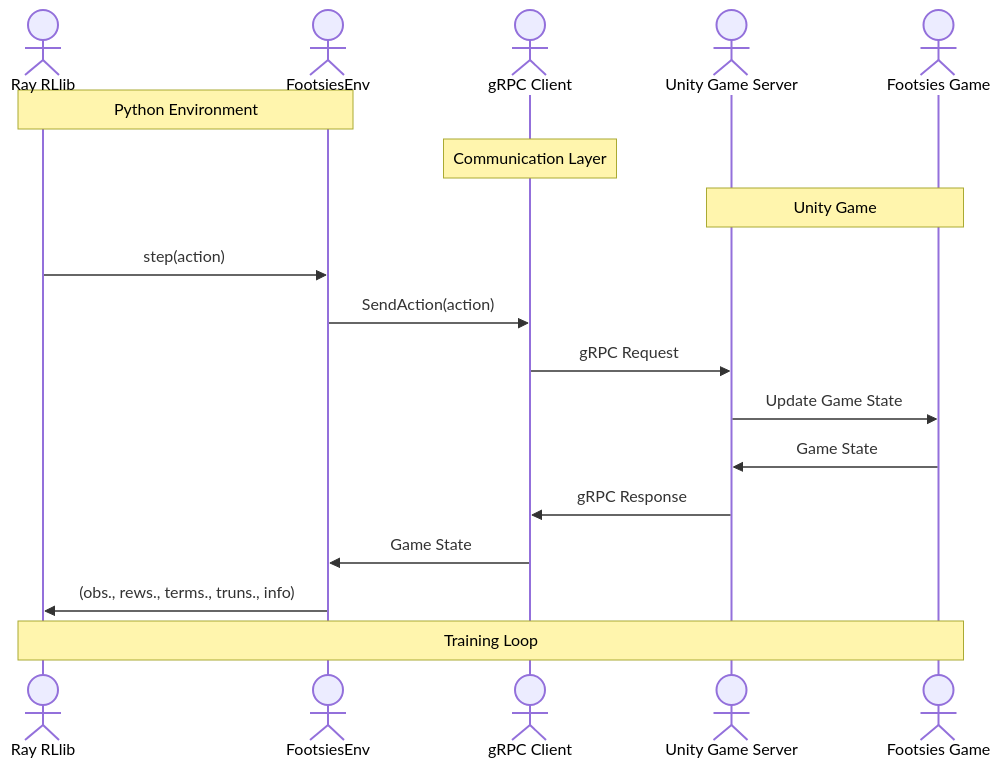
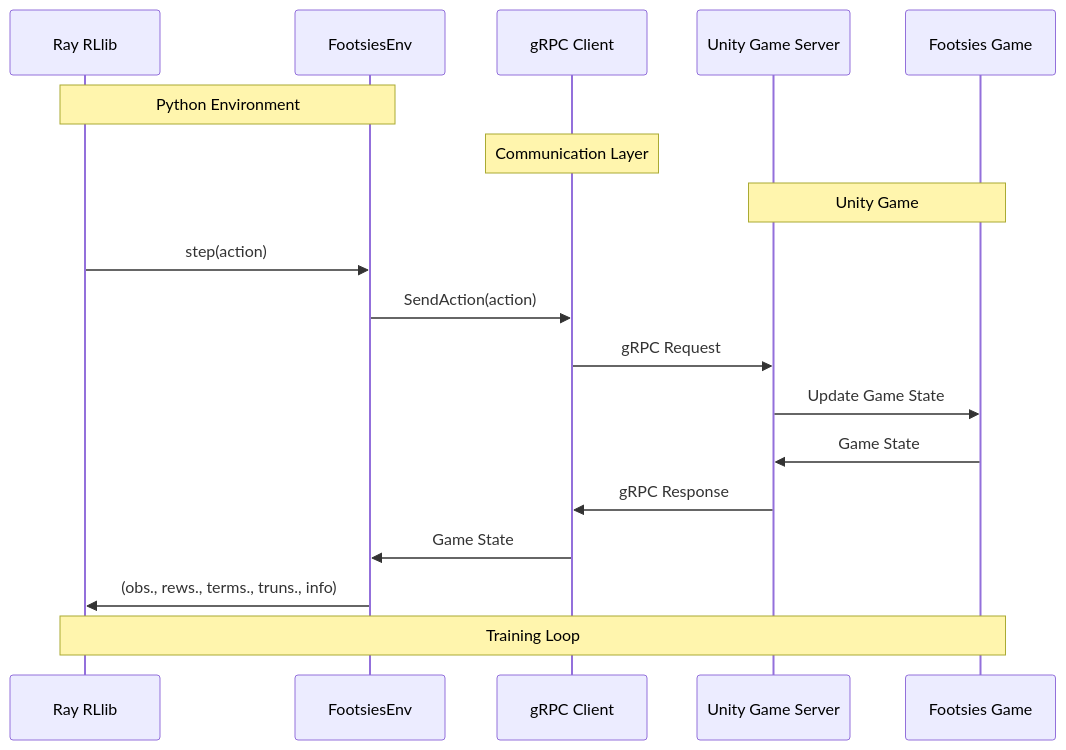
One commit to chasemcd/FootsiesGym changed the diagram in README.md. Above: the diagram before and after it, drawn with Mermaid.

Commit message:
revert actor back to participant

````diff
--- a/README.md
+++ b/README.md
@@ -10,24 +10,24 @@
 ```mermaid
 sequenceDiagram
-    actor RLlib as Ray RLlib
-    actor Env as FootsiesEnv
-    actor gRPC as gRPC Client
-    actor Server as Unity Game Server
-    actor Game as Footsies Game
+    participant RLlib as Ray RLlib
+    participant Env as FootsiesEnv
+    participant gRPC as gRPC Client
+    participant Server as Unity Game Server
+    participant Game as Footsies Game
 
     Note over RLlib,Env: Python Environment
     Note over gRPC: Communication Layer
     Note over Server,Game: Unity Game
 
     RLlib->>Env: step(action)
     Env->>gRPC: SendAction(action)
     gRPC->>Server: gRPC Request
     Server->>Game: Update Game State
     Game->>Server: Game State
     Server->>gRPC: gRPC Response
     gRPC->>Env: Game State
     Env->>RLlib: (obs., rews., terms., truns., info)
 
     Note over RLlib,Game: Training Loop
 
 ```
````
